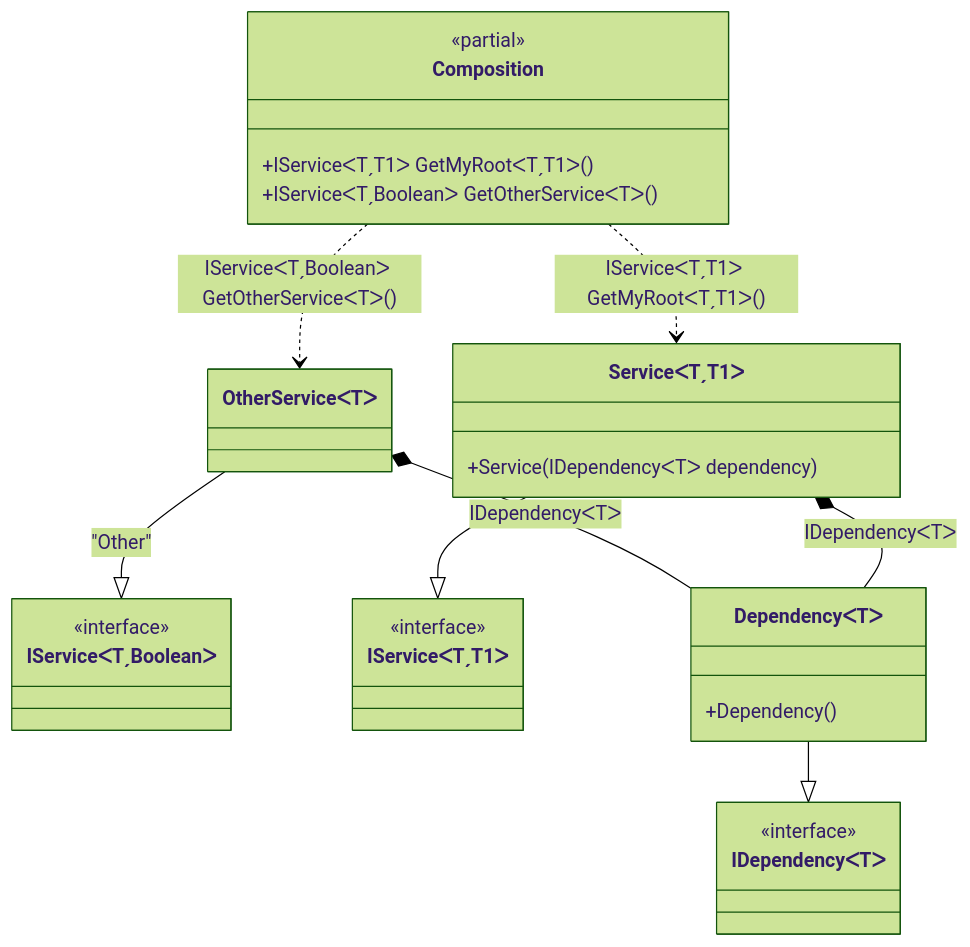
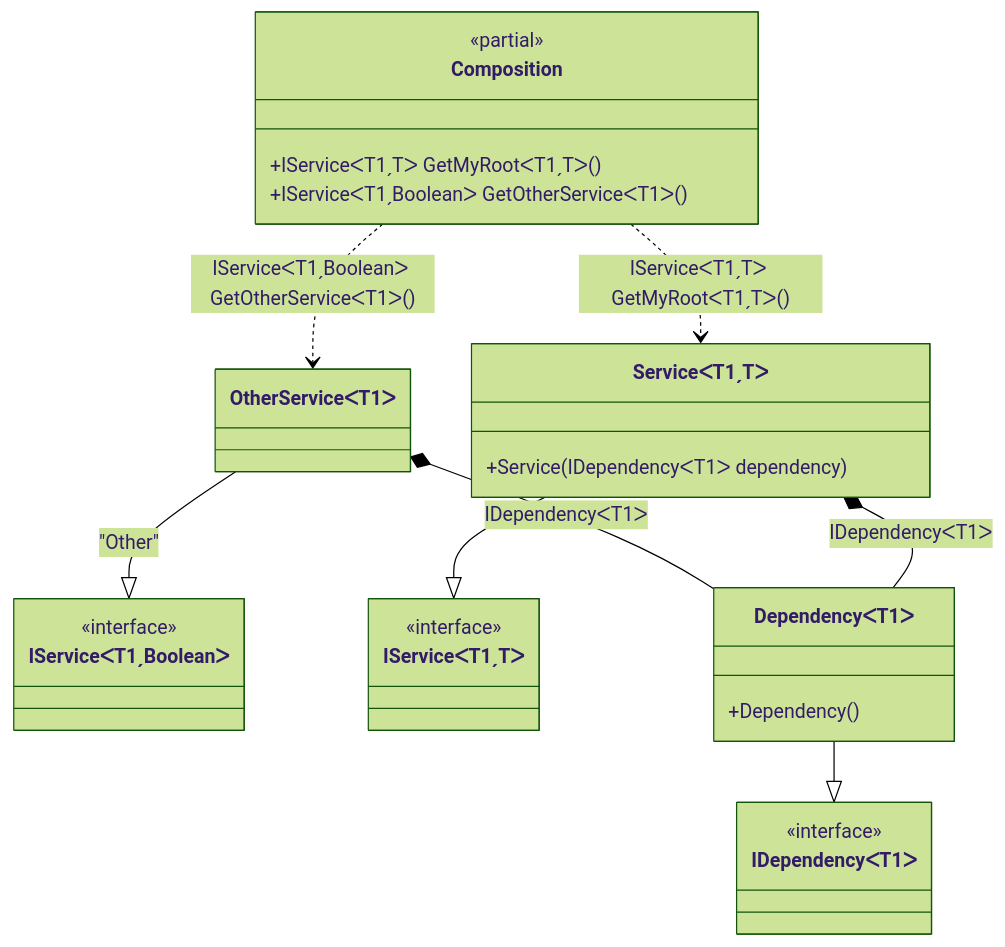
The diagram in readme/generic-composition-roots-with-constraints.md (DevTeam/Pure.DI), drawn with Mermaid (forest theme) before and after one commit. The commit also changed other lines of this file and 35 other files, not shown here.

````diff
--- a/readme/generic-composition-roots-with-constraints.md
+++ b/readme/generic-composition-roots-with-constraints.md
@@ -103,31 +103,31 @@
 ```mermaid
 classDiagram
 	class Composition {
 		<<partial>>
-		+IServiceᐸTˏT1ᐳ GetMyRootᐸTˏT1ᐳ()
-		+IServiceᐸTˏBooleanᐳ GetOtherServiceᐸTᐳ()
+		+IServiceᐸT1ˏTᐳ GetMyRootᐸT1ˏTᐳ()
+		+IServiceᐸT1ˏBooleanᐳ GetOtherServiceᐸT1ᐳ()
 	}
-	OtherServiceᐸTᐳ --|> IServiceᐸTˏBooleanᐳ : "Other" 
-	class OtherServiceᐸTᐳ
-	ServiceᐸTˏT1ᐳ --|> IServiceᐸTˏT1ᐳ
-	class ServiceᐸTˏT1ᐳ {
-		+Service(IDependencyᐸTᐳ dependency)
+	OtherServiceᐸT1ᐳ --|> IServiceᐸT1ˏBooleanᐳ : "Other" 
+	class OtherServiceᐸT1ᐳ
+	ServiceᐸT1ˏTᐳ --|> IServiceᐸT1ˏTᐳ
+	class ServiceᐸT1ˏTᐳ {
+		+Service(IDependencyᐸT1ᐳ dependency)
 	}
-	DependencyᐸTᐳ --|> IDependencyᐸTᐳ
-	class DependencyᐸTᐳ {
+	DependencyᐸT1ᐳ --|> IDependencyᐸT1ᐳ
+	class DependencyᐸT1ᐳ {
 		+Dependency()
 	}
-	class IServiceᐸTˏBooleanᐳ {
+	class IServiceᐸT1ˏBooleanᐳ {
 		<<interface>>
 	}
-	class IServiceᐸTˏT1ᐳ {
+	class IServiceᐸT1ˏTᐳ {
 		<<interface>>
 	}
-	class IDependencyᐸTᐳ {
+	class IDependencyᐸT1ᐳ {
 		<<interface>>
 	}
-	Composition ..> OtherServiceᐸTᐳ : IServiceᐸTˏBooleanᐳ GetOtherServiceᐸTᐳ()
-	Composition ..> ServiceᐸTˏT1ᐳ : IServiceᐸTˏT1ᐳ GetMyRootᐸTˏT1ᐳ()
-	OtherServiceᐸTᐳ *--  DependencyᐸTᐳ : IDependencyᐸTᐳ
-	ServiceᐸTˏT1ᐳ *--  DependencyᐸTᐳ : IDependencyᐸTᐳ
+	Composition ..> OtherServiceᐸT1ᐳ : IServiceᐸT1ˏBooleanᐳ GetOtherServiceᐸT1ᐳ()
+	Composition ..> ServiceᐸT1ˏTᐳ : IServiceᐸT1ˏTᐳ GetMyRootᐸT1ˏTᐳ()
+	OtherServiceᐸT1ᐳ *--  DependencyᐸT1ᐳ : IDependencyᐸT1ᐳ
+	ServiceᐸT1ˏTᐳ *--  DependencyᐸT1ᐳ : IDependencyᐸT1ᐳ
 ```
````
